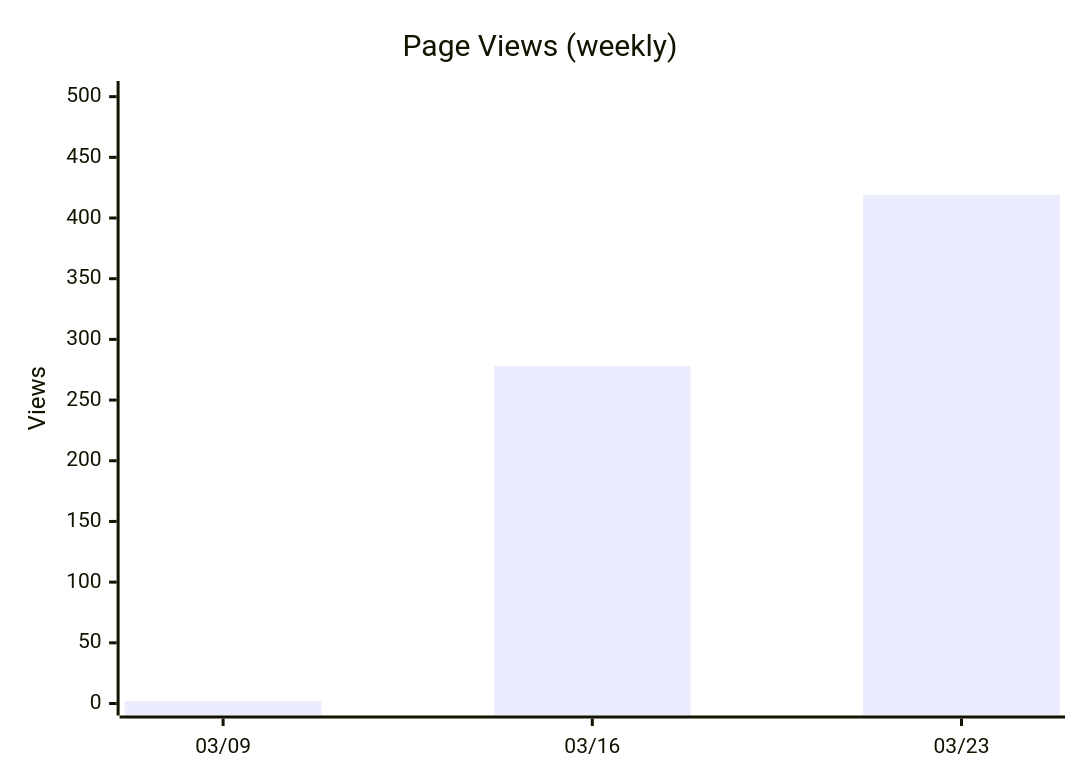
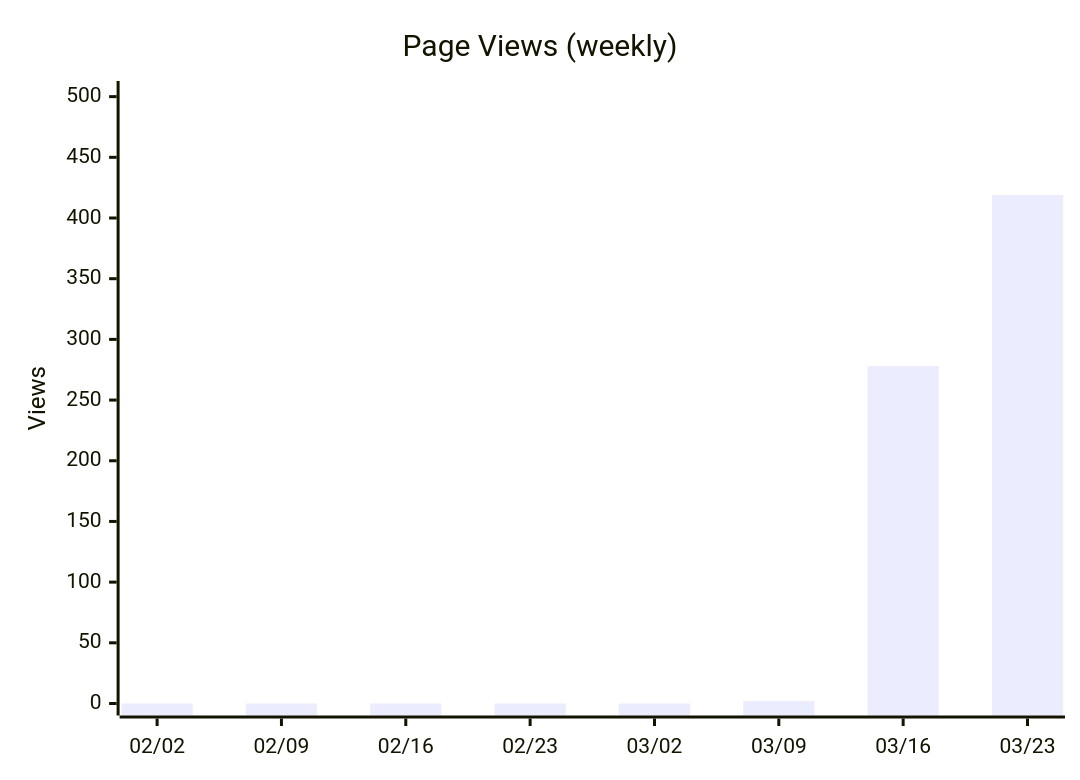
Before and after one commit to nablarch/nabledge-dev: diagram 12 of 14 in docs/metrics.md, drawn with Mermaid. The commit also changed other lines of this file, not shown here.

````diff
--- a/docs/metrics.md
+++ b/docs/metrics.md
@@ -153,7 +155,7 @@
 ```mermaid
 xychart-beta
   title "Page Views (weekly)"
-  x-axis ["03/09", "03/16", "03/23"]
+  x-axis ["02/02", "02/09", "02/16", "02/23", "03/02", "03/09", "03/16", "03/23"]
   y-axis "Views" 0 --> 503
-  bar [2, 278, 419]
+  bar [0, 0, 0, 0, 0, 2, 278, 419]
 ```
````
